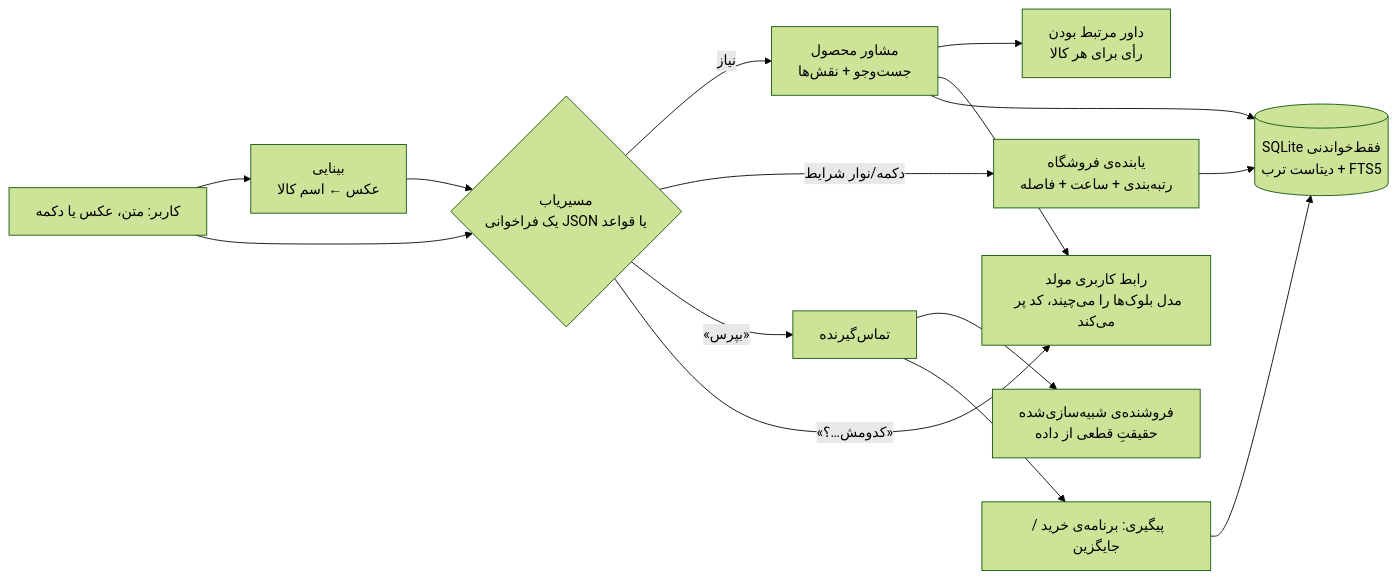
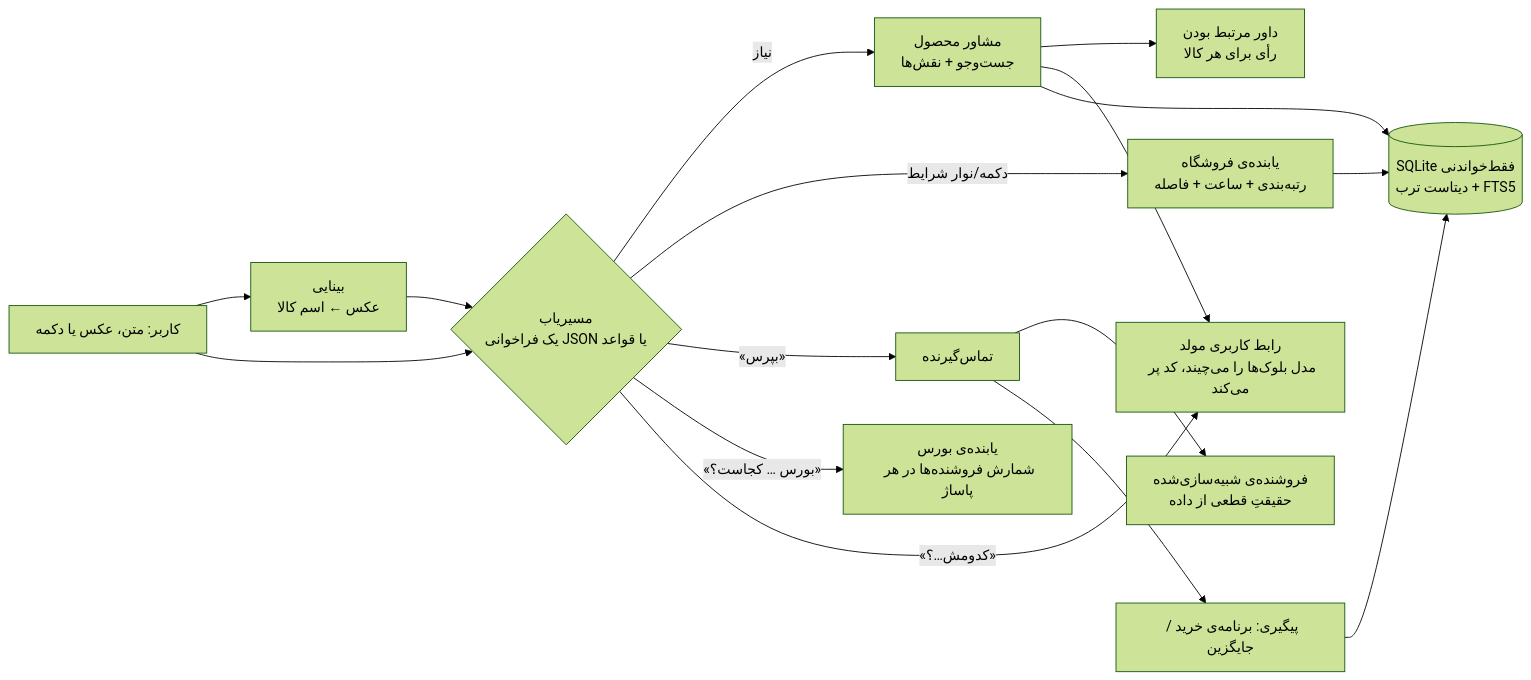
One commit to MetaParsa/atlas changed the diagram in torob/README.md. Above: the diagram before and after it, drawn with Mermaid (forest theme). The commit also changed other lines of this file and 17 other files, not shown here.

````diff
--- a/torob/README.md
+++ b/torob/README.md
@@ -32,15 +32,16 @@
 ```mermaid
 flowchart LR
   U[کاربر: متن، عکس یا دکمه] --> V[بینایی<br/>عکس ← اسم کالا]
   U --> R{مسیریاب<br/>یک فراخوانی JSON یا قواعد}
   V --> R
   R -->|نیاز| A[مشاور محصول<br/>جست‌وجو + نقش‌ها]
   A --> J[داور مرتبط بودن<br/>رأی برای هر کالا]
   R -->|دکمه/نوار شرایط| S[یابنده‌ی فروشگاه<br/>رتبه‌بندی + ساعت + فاصله]
   R -->|«بپرس»| C[تماس‌گیرنده]
+  R -->|«بورس … کجاست؟»| B[یابنده‌ی بورس<br/>شمارش فروشنده‌ها در هر پاساژ]
   C --> T[فروشنده‌ی شبیه‌سازی‌شده<br/>حقیقتِ قطعی از داده]
   C --> F[پیگیری: برنامه‌ی خرید / جایگزین]
   R -->|«کدومش…؟»| Q[رابط کاربری مولد<br/>مدل بلوک‌ها را می‌چیند، کد پر می‌کند]
   A --> Q
   A & S & F --> D[(SQLite فقط‌خواندنی<br/>دیتاست ترب + FTS5)]
 ```
````
